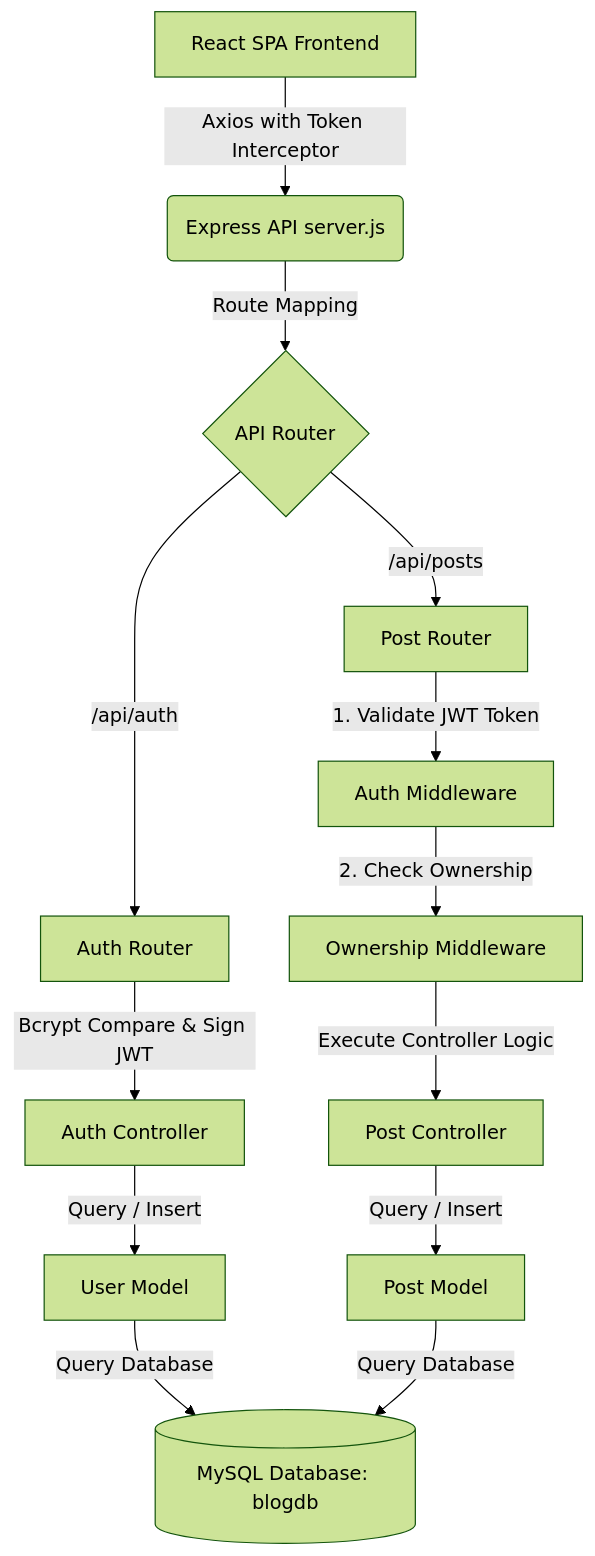
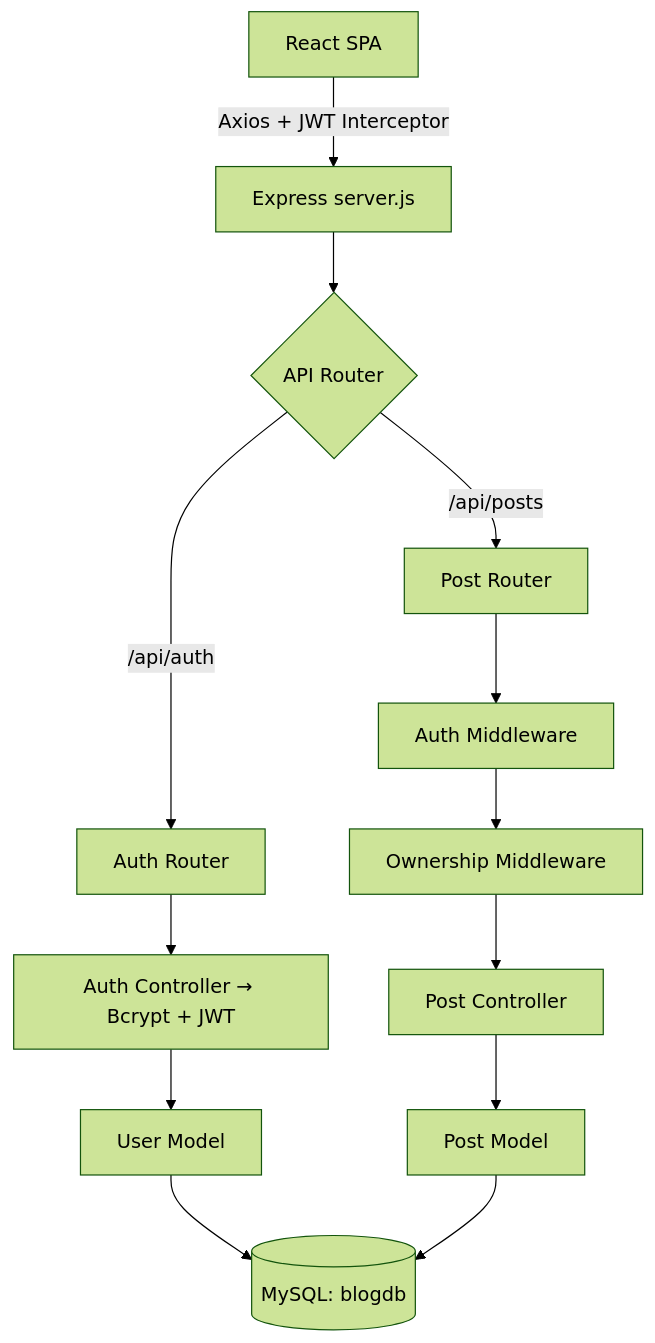
The diagram in README.md (divyanshumittal65/blog_website), drawn with Mermaid (forest theme) before and after one commit. The commit also changed other lines of this file, not shown here.

````diff
--- a/README.md
+++ b/README.md
@@ -32,15 +43,15 @@
 ```mermaid
 graph TD
-    A[React SPA Frontend] -->|Axios with Token Interceptor| B(Express API server.js)
-    B -->|Route Mapping| C{API Router}
+    A[React SPA] -->|Axios + JWT Interceptor| B[Express server.js]
+    B --> C{API Router}
     C -->|/api/auth| D[Auth Router]
     C -->|/api/posts| E[Post Router]
-    D -->|Bcrypt Compare & Sign JWT| F[Auth Controller]
-    E -->|1. Validate JWT Token| G[Auth Middleware]
-    G -->|2. Check Ownership| H[Ownership Middleware]
-    H -->|Execute Controller Logic| I[Post Controller]
-    F -->|Query / Insert| J[User Model]
-    I -->|Query / Insert| K[Post Model]
-    J -->|Query Database| L[(MySQL Database: blogdb)]
-    K -->|Query Database| L
+    D --> F[Auth Controller → Bcrypt + JWT]
+    E --> G[Auth Middleware]
+    G --> H[Ownership Middleware]
+    H --> I[Post Controller]
+    F --> J[User Model]
+    I --> K[Post Model]
+    J --> L[(MySQL: blogdb)]
+    K --> L
 ```
````
